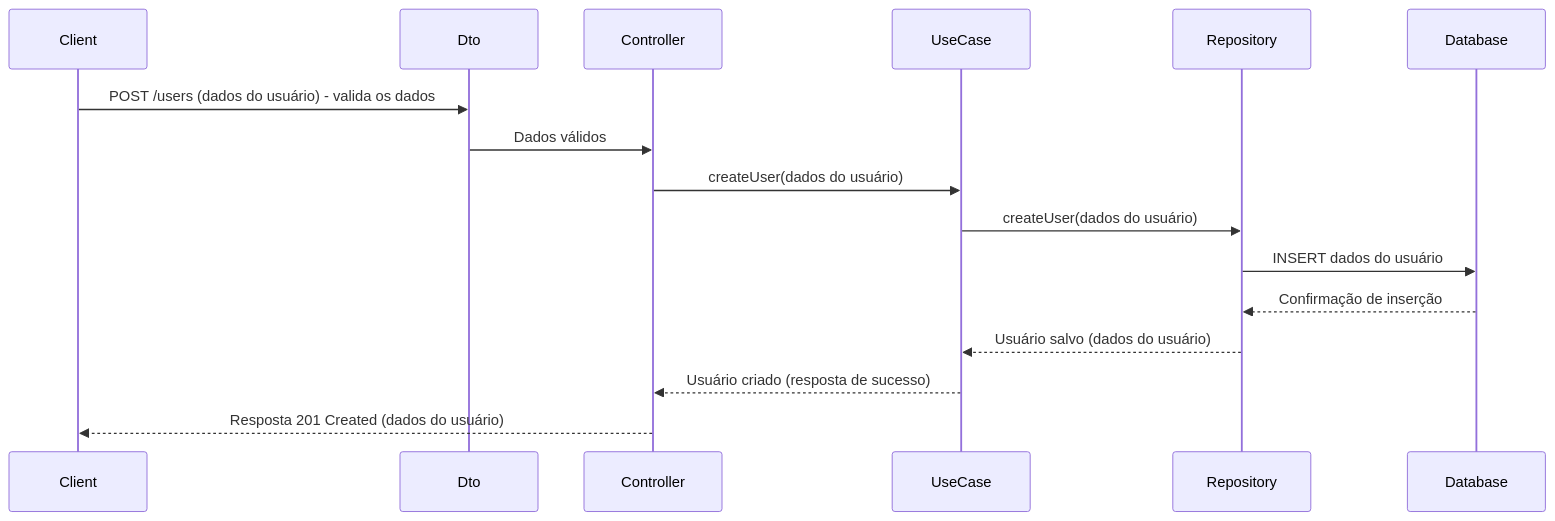
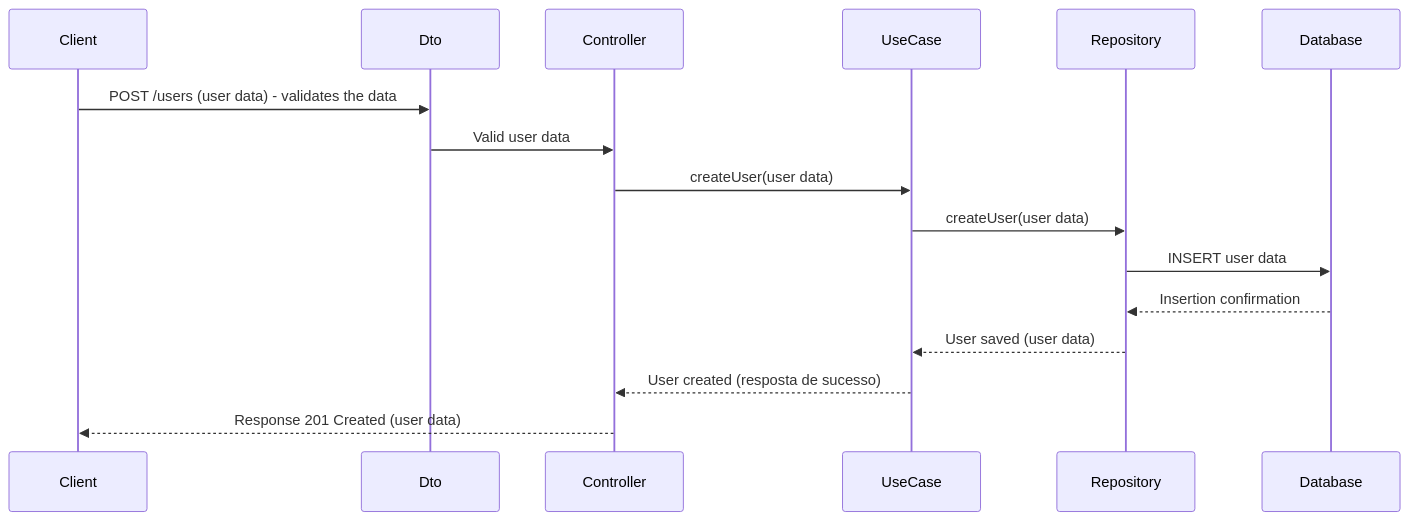
Before and after one commit to Lab-Escola-de-Danca/lab-users-api: the first of 4 diagrams in README.md, drawn with Mermaid. The commit also changed other lines of this file, not shown here.

Commit message:
feat: update readme sequence diagram, close #11

````diff
--- a/README.md
+++ b/README.md
@@ -7,19 +11,19 @@
 ```mermaid
 sequenceDiagram
     participant Client
     participant Dto
     participant Controller
     participant UseCase
     participant Repository
     participant Database
 
-    Client->>Dto: POST /users (dados do usuário) - valida os dados
-    Dto->>Controller: Dados válidos
-    Controller->>UseCase: createUser(dados do usuário)
-    UseCase->>Repository: createUser(dados do usuário)
-    Repository->>Database: INSERT dados do usuário
-    Database-->>Repository: Confirmação de inserção
-    Repository-->>UseCase: Usuário salvo (dados do usuário)
-    UseCase-->>Controller: Usuário criado (resposta de sucesso)
-    Controller-->>Client: Resposta 201 Created (dados do usuário)
+    Client->>Dto: POST /users (user data) - validates the data
+    Dto->>Controller: Valid user data
+    Controller->>UseCase: createUser(user data)
+    UseCase->>Repository: createUser(user data)
+    Repository->>Database: INSERT user data
+    Database-->>Repository: Insertion confirmation
+    Repository-->>UseCase: User saved (user data)
+    UseCase-->>Controller: User created (resposta de sucesso)
+    Controller-->>Client: Response 201 Created (user data)
 ```
````
